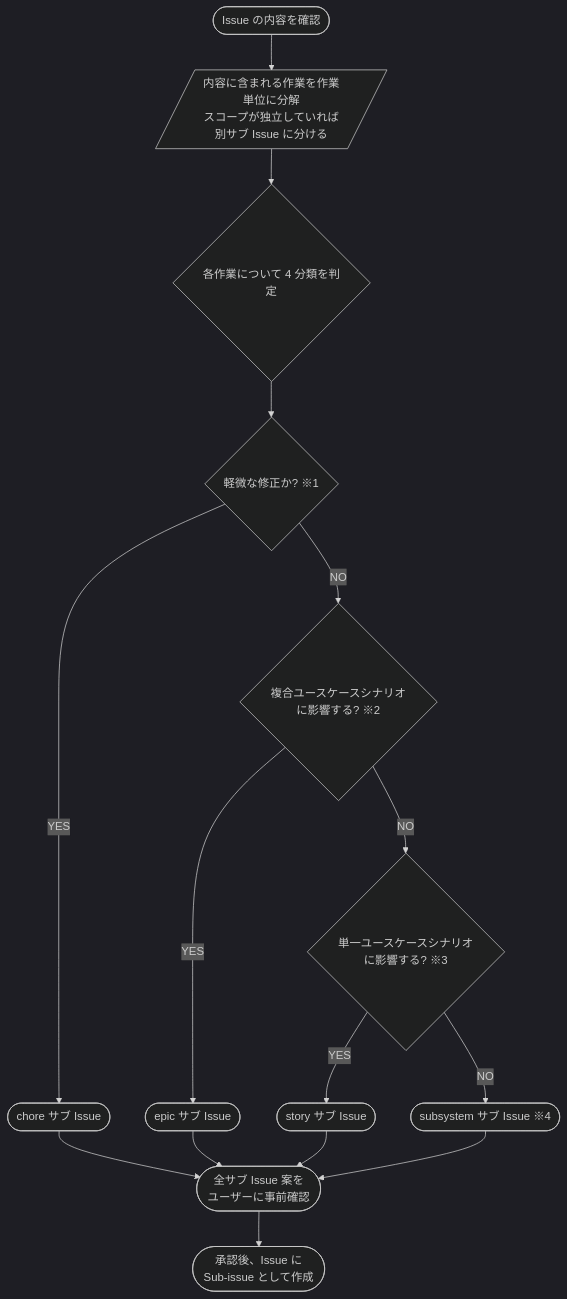
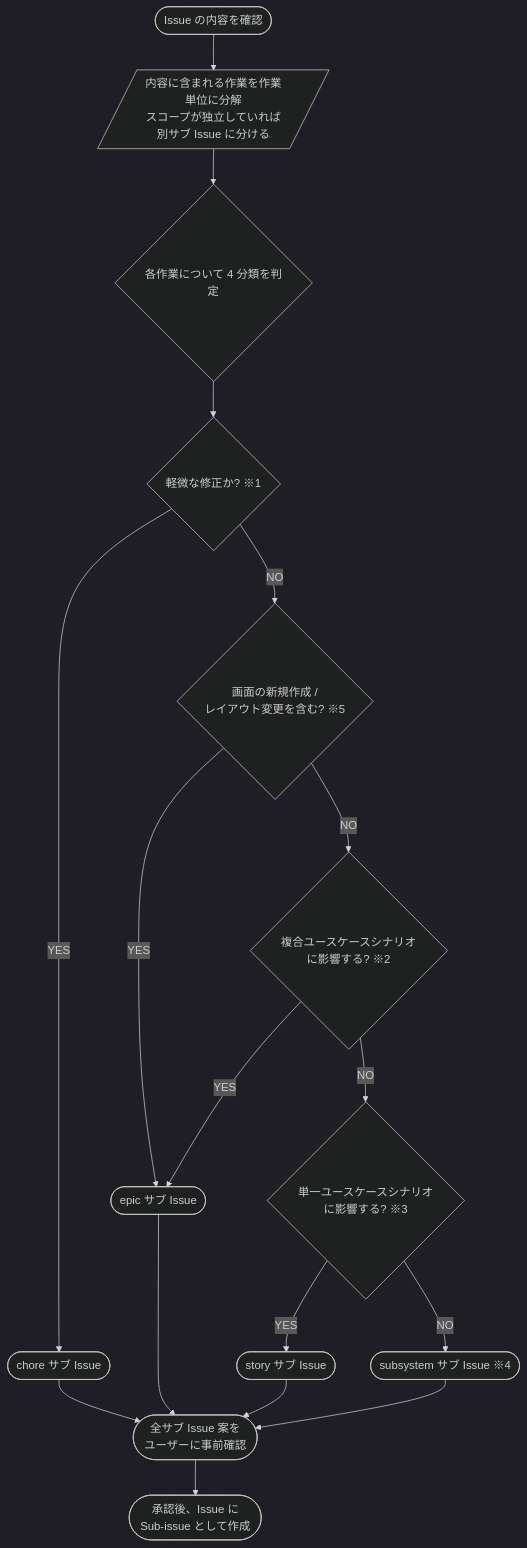
One commit to shuhei1101/ai-monitor-e2e changed the diagram in docs/wiki/判定フローチャート/レイヤー.md. Above: the diagram before and after it, drawn with Mermaid (dark theme). The commit also changed other lines of this file and 160 other files, not shown here.

````diff
--- a/docs/wiki/判定フローチャート/レイヤー.md
+++ b/docs/wiki/判定フローチャート/レイヤー.md
@@ -3,31 +3,34 @@
 ```mermaid
 flowchart TD
   START([Issue の内容を確認])
   SPLIT[/内容に含まれる作業を作業単位に分解<br/>スコープが独立していれば別サブ Issue に分ける/]
   LOOP{各作業について 4 分類を判定}
   Q1{軽微な修正か? ※1}
+  Q4{画面の新規作成 /<br/>レイアウト変更を含む? ※5}
   Q2{複合ユースケースシナリオに影響する? ※2}
   Q3{単一ユースケースシナリオに影響する? ※3}
 
   T_CHORE([chore サブ Issue])
   T_EPIC([epic サブ Issue])
   T_STORY([story サブ Issue])
   T_SUB([subsystem サブ Issue ※4])
 
   CONFIRM([全サブ Issue 案を <br/>ユーザーに事前確認])
   CREATE([承認後、Issue に<br/>Sub-issue として作成])
 
   START --> SPLIT --> LOOP
   LOOP --> Q1
-  Q1 -->|NO| Q2
+  Q1 -->|NO| Q4
   Q1 -->|YES| T_CHORE
+  Q4 -->|YES| T_EPIC
+  Q4 -->|NO| Q2
   Q2 -->|YES| T_EPIC
   Q2 -->|NO| Q3
   Q3 -->|NO| T_SUB
   Q3 -->|YES| T_STORY
   T_CHORE --> CONFIRM
   T_EPIC --> CONFIRM
   T_STORY --> CONFIRM
   T_SUB --> CONFIRM
   CONFIRM --> CREATE
 ```
````
